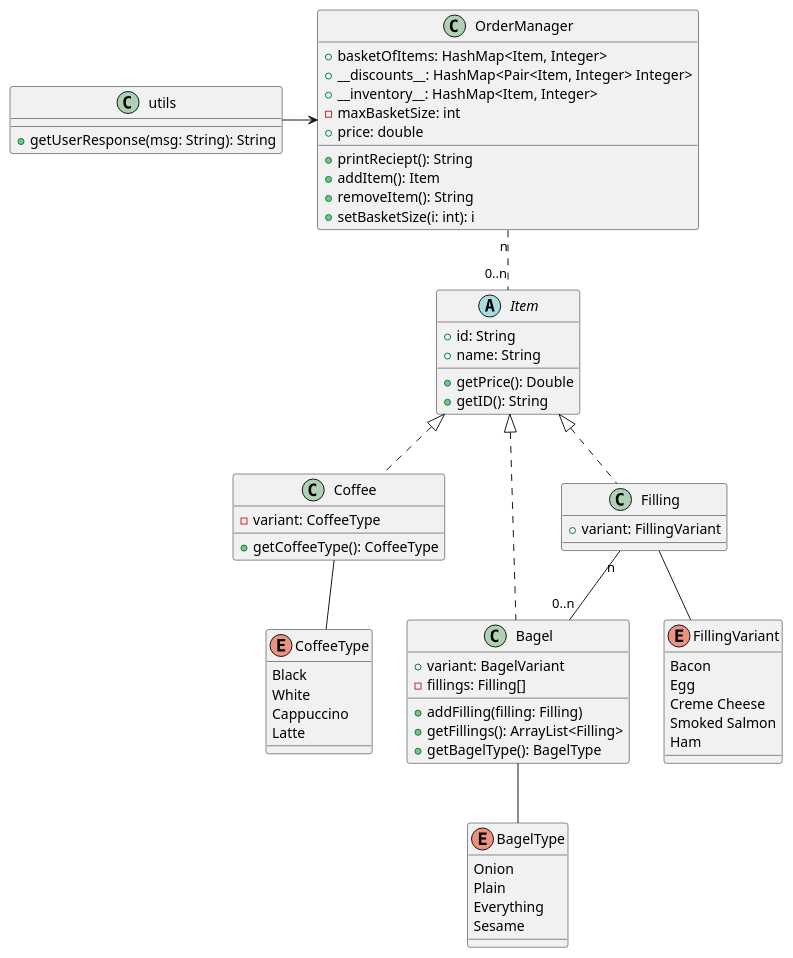
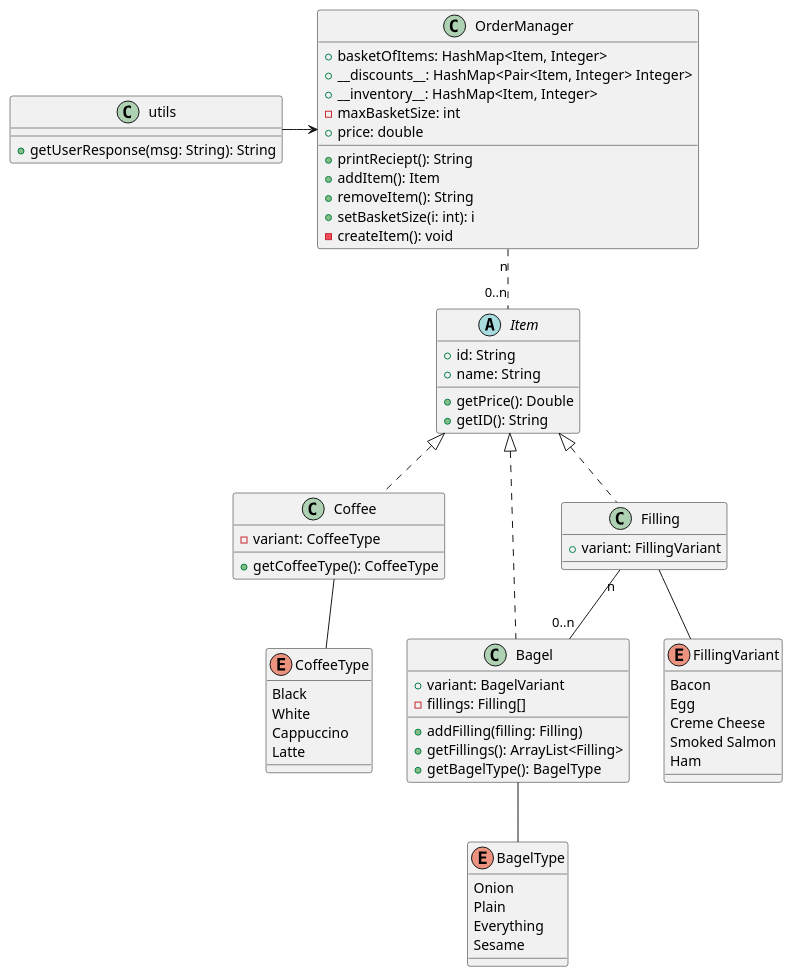
One commit to boolean-uk/java-tdd-oop-bobs-bagels changed the diagram in ClassDiagram.puml. Above: the diagram before and after it, drawn with PlantUML. The commit also changed 2 other files, not shown here.

```diff
--- a/ClassDiagram.puml
+++ b/ClassDiagram.puml
@@ -1,83 +1,84 @@
 @startuml
 Abstract class Item{
     + id: String
     + name: String
     + getPrice(): Double
     + getID(): String
 }
 
 class Bagel implements Item{
     + variant: BagelVariant
     - fillings: Filling[]
     + addFilling(filling: Filling)
     ' display cost of filling before adding
     ' should confirm with customer before adding filling
     + getFillings(): ArrayList<Filling>
     + getBagelType(): BagelType
 }
 
 enum BagelType{
     Onion
     Plain
     Everything
     Sesame
 }
 Bagel -- BagelType
 
 
 class Coffee implements Item{
     - variant: CoffeeType
     + getCoffeeType(): CoffeeType
 }
 enum CoffeeType {
     Black
     White
     Cappuccino
     Latte
 }
 
 Coffee -- CoffeeType
 
 class Filling implements Item{
     + variant: FillingVariant
 }
 enum FillingVariant {
     Bacon
     Egg
     Creme Cheese
     Smoked Salmon
     Ham
 }
 
 Filling -- FillingVariant
 Filling "n" -- "0..n" Bagel
 
 class OrderManager {
     + basketOfItems: HashMap<Item, Integer>
     + __discounts__: HashMap<Pair<Item, Integer> Integer>
     ' HashMap<Item, Quantity of Items> new Price>
     + __inventory__: HashMap<Item, Integer>
     - maxBasketSize: int
     + price: double
     + printReciept(): String
         ' should print discount
     + addItem(): Item
     'addBagel should give user feedback when adding to full basket
     'should confirm with customer before adding to basket
     + removeItem(): String
     'should give user feedback when attempting to remove an item that doesn't exist.
     + setBasketSize(i: int): i
+    - createItem(): void
 
 }
 
 OrderManager "n" .. "0..n" Item
 
 class utils {
     + getUserResponse(msg: String): String
 }
 
 utils -> OrderManager
 
 
 
 @enduml
```
